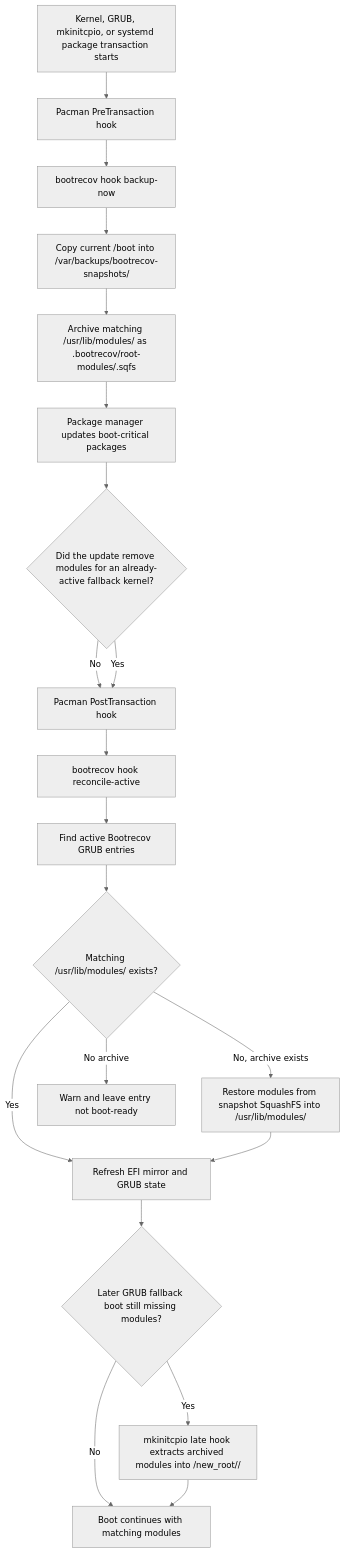
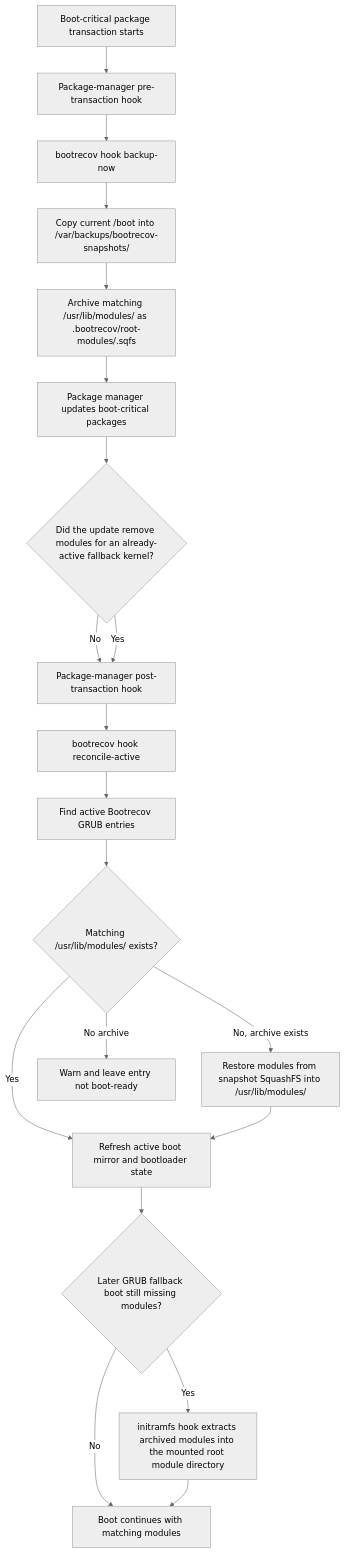
The diagram in README.md (marang/bootrecov), drawn with Mermaid (neutral theme) before and after one commit. The commit also changed other lines of this file and 20 other files, not shown here.

````diff
--- a/README.md
+++ b/README.md
@@ -389,22 +434,22 @@
 ```mermaid
 flowchart TD
-    A["Kernel, GRUB, mkinitcpio, or systemd package transaction starts"] --> B["Pacman PreTransaction hook"]
+    A["Boot-critical package transaction starts"] --> B["Package-manager pre-transaction hook"]
     B --> C["bootrecov hook backup-now"]
     C --> D["Copy current /boot into /var/backups/bootrecov-snapshots/<name>"]
     D --> E["Archive matching /usr/lib/modules/<kernel-version> as .bootrecov/root-modules/<kernel-version>.sqfs"]
     E --> F["Package manager updates boot-critical packages"]
     F --> G{"Did the update remove modules for an already-active fallback kernel?"}
-    G -->|No| H["Pacman PostTransaction hook"]
+    G -->|No| H["Package-manager post-transaction hook"]
     G -->|Yes| H
     H --> I["bootrecov hook reconcile-active"]
     I --> J["Find active Bootrecov GRUB entries"]
     J --> K{"Matching /usr/lib/modules/<fallback-version> exists?"}
-    K -->|Yes| L["Refresh EFI mirror and GRUB state"]
+    K -->|Yes| L["Refresh active boot mirror and bootloader state"]
     K -->|No, archive exists| M["Restore modules from snapshot SquashFS into /usr/lib/modules/<fallback-version>"]
     K -->|No archive| N["Warn and leave entry not boot-ready"]
     M --> L
     L --> O{"Later GRUB fallback boot still missing modules?"}
     O -->|No| P["Boot continues with matching modules"]
-    O -->|Yes| Q["mkinitcpio late hook extracts archived modules into /new_root/<root-modules-dir>/<fallback-version>"]
+    O -->|Yes| Q["initramfs hook extracts archived modules into the mounted root module directory"]
     Q --> P
 ```
````
